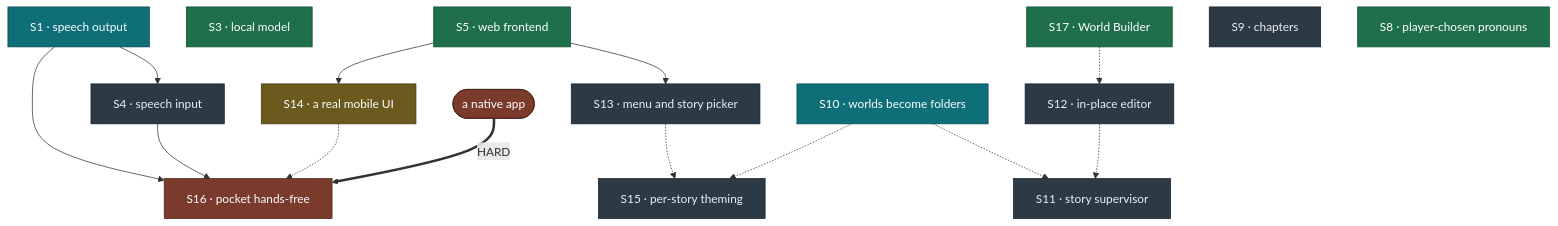
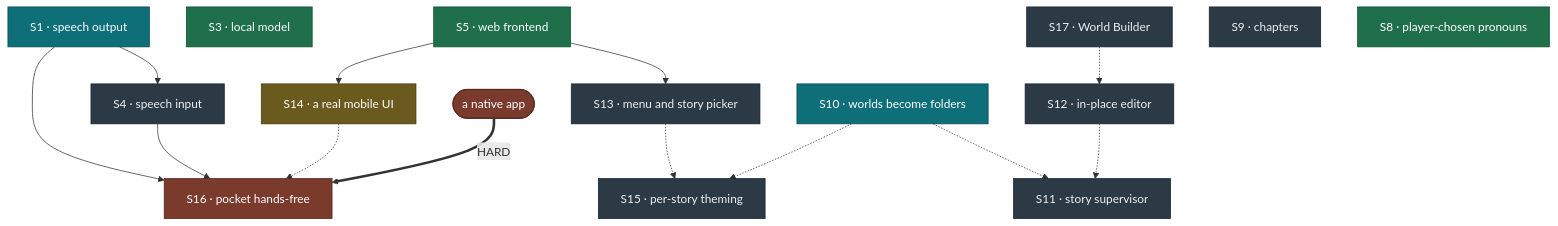
One commit to cat5inthecradle/adventure-demo changed the diagram in ROADMAP.md. Above: the diagram before and after it, drawn with Mermaid. The commit also changed other lines of this file and 54 other files, not shown here.

````diff
--- a/ROADMAP.md
+++ b/ROADMAP.md
@@ -17,39 +17,39 @@
 ```mermaid
 flowchart TD
     classDef done fill:#1f6f4a,stroke:#124a31,color:#ffffff
     classDef next fill:#0e6f79,stroke:#08464d,color:#ffffff
     classDef normal fill:#2c3a45,stroke:#16202a,color:#eceff2
     classDef blocked fill:#7a3a2c,stroke:#4d241b,color:#ffffff
     classDef partial fill:#6b5a1e,stroke:#43380f,color:#ffffff
 
     S5["S5 · web frontend"]:::done
     S3["S3 · local model"]:::done
     S1["S1 · speech output"]:::next
     S4["S4 · speech input"]:::normal
     NATIVE(["a native app"]):::blocked
 
     S13["S13 · menu and story picker"]:::normal
     S14["S14 · a real mobile UI"]:::partial
     S15["S15 · per-story theming"]:::normal
     S16["S16 · pocket hands-free"]:::blocked
 
     S10["S10 · worlds become folders"]:::next
     S12["S12 · in-place editor"]:::normal
-    S17["S17 · World Builder"]:::done
+    S17["S17 · World Builder"]:::normal
     S11["S11 · story supervisor"]:::normal
     S9["S9 · chapters"]:::normal
     S8["S8 · player-chosen pronouns"]:::done
 
     S5 --> S13
     S5 --> S14
     S1 --> S4
     S1 --> S16
     S4 --> S16
     S14 -.-> S16
     NATIVE ==>|HARD| S16
     S13 -.-> S15
     S10 -.-> S11
     S10 -.-> S15
     S12 -.-> S11
     S17 -.-> S12
 ```
````
